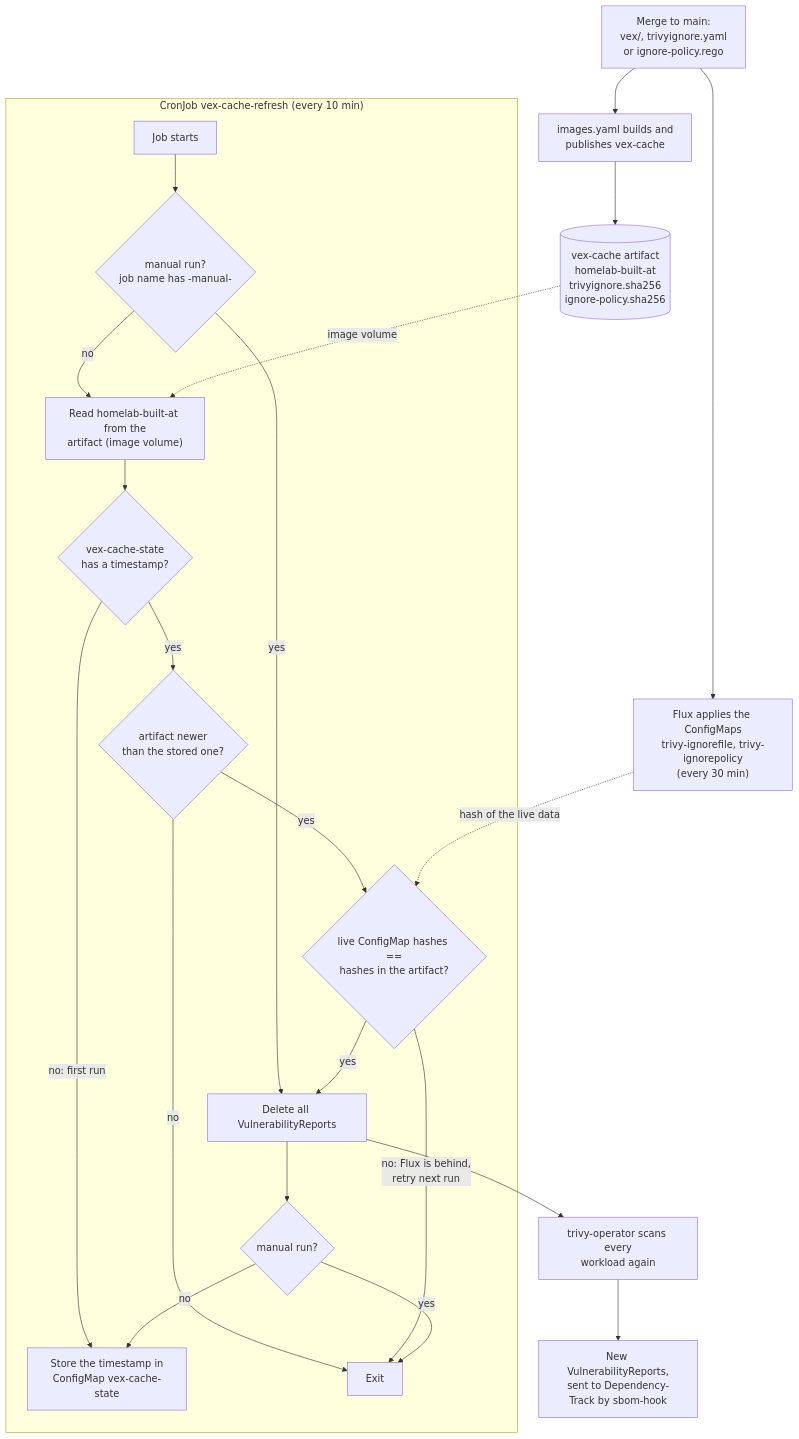
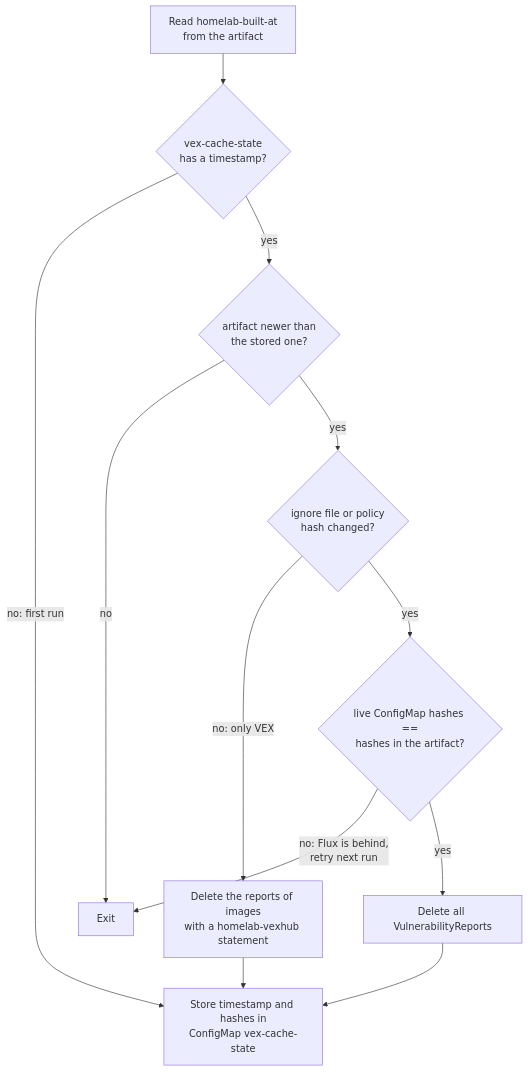
Before and after one commit to cthtrifork/talos-gitops: the second of 2 diagrams in k8s/infra/trivy-system/vex-cache-refresh/README.md, drawn with Mermaid. The commit also changed other lines of this file and 2 other files, not shown here.

Commit message:
feat(trivy-system): delete only the reports with VEX statements on a VEX-only change (#1493)
* feat(trivy-system): delete only the reports with VEX statements on a VEX-only change

A new vex-cache artifact deleted every VulnerabilityReport. Now the job stores the ignore file
and policy hashes next to the timestamp: if they changed (or are missing) it still deletes all,
otherwise only the reports whose image has a homelab-vexhub statement.

* refactor(trivy-system): check the Flux guard only before deleting all reports

* docs(trivy-system): split the vex-cache-refresh diagram into overview and per-run flow

---------

````diff
--- a/k8s/infra/trivy-system/vex-cache-refresh/README.md
+++ b/k8s/infra/trivy-system/vex-cache-refresh/README.md
@@ -8,27 +22,14 @@
 ```mermaid
 flowchart TB
-    change["Merge to main:<br/>vex/, trivyignore.yaml<br/>or ignore-policy.rego"] --> ci["images.yaml builds and<br/>publishes vex-cache"]
-    change --> flux["Flux applies the ConfigMaps<br/>trivy-ignorefile, trivy-ignorepolicy<br/>(every 30 min)"]
-    ci --> artifact[("vex-cache artifact<br/>homelab-built-at<br/>trivyignore.sha256<br/>ignore-policy.sha256")]
-
-    subgraph job["CronJob vex-cache-refresh (every 10 min)"]
-        start["Job starts"] --> manual{"manual run?<br/>job name has -manual-"}
-        manual -->|yes| delete
-        manual -->|no| read["Read homelab-built-at from the<br/>artifact (image volume)"]
-        read --> first{"vex-cache-state<br/>has a timestamp?"}
-        first -->|"no: first run"| record
-        first -->|yes| newer{"artifact newer<br/>than the stored one?"}
-        newer -->|no| done["Exit"]
-        newer -->|yes| guard{"live ConfigMap hashes ==<br/>hashes in the artifact?"}
-        guard -->|"no: Flux is behind,<br/>retry next run"| done
-        guard -->|yes| delete["Delete all VulnerabilityReports"]
-        delete --> kind{"manual run?"}
-        kind -->|no| record["Store the timestamp in<br/>ConfigMap vex-cache-state"]
-        kind -->|yes| done
-    end
-
-    artifact -.->|"image volume"| read
-    flux -.->|"hash of the live data"| guard
-    delete --> operator["trivy-operator scans every<br/>workload again"]
-    operator --> reports["New VulnerabilityReports,<br/>sent to Dependency-Track by sbom-hook"]
+    start["Read homelab-built-at<br/>from the artifact"] --> first{"vex-cache-state<br/>has a timestamp?"}
+    first -->|"no: first run"| record
+    first -->|yes| newer{"artifact newer than<br/>the stored one?"}
+    newer -->|no| done["Exit"]
+    newer -->|yes| scope{"ignore file or policy<br/>hash changed?"}
+    scope -->|"no: only VEX"| some["Delete the reports of images<br/>with a homelab-vexhub statement"]
+    scope -->|yes| guard{"live ConfigMap hashes ==<br/>hashes in the artifact?"}
+    guard -->|"no: Flux is behind,<br/>retry next run"| done
+    guard -->|yes| all["Delete all VulnerabilityReports"]
+    some --> record["Store timestamp and hashes in<br/>ConfigMap vex-cache-state"]
+    all --> record
 ```
````
